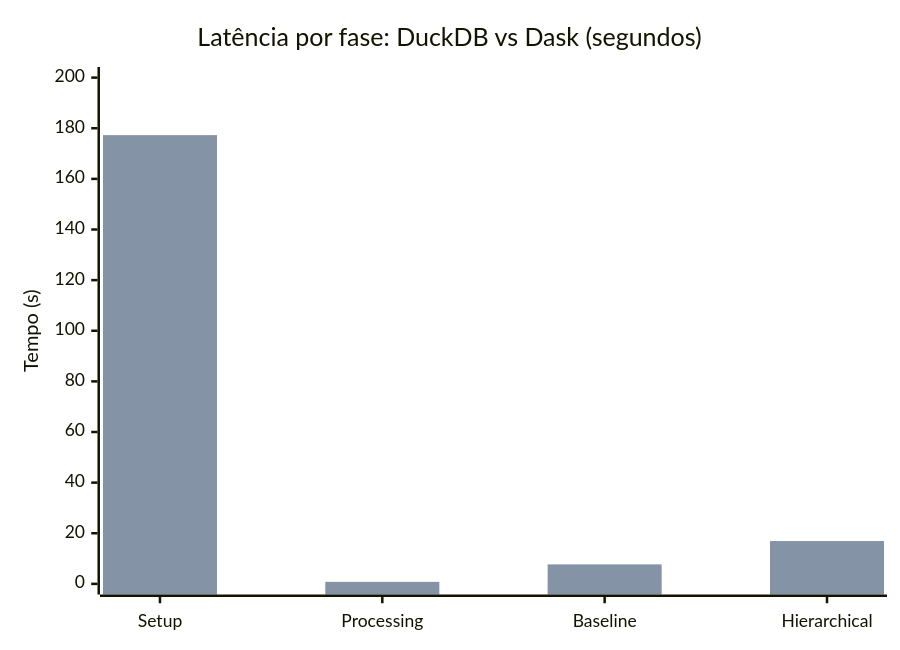
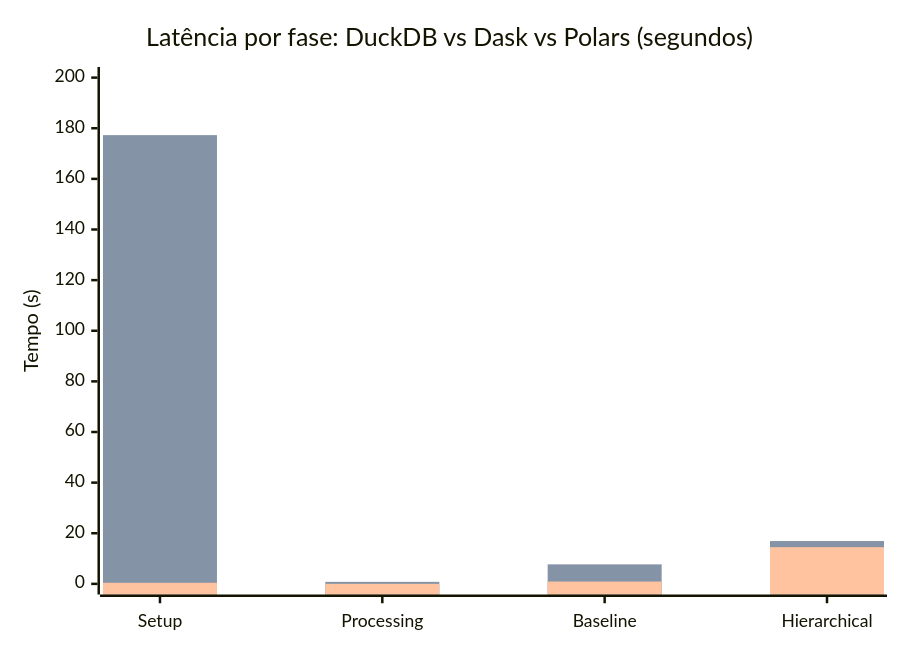
Before and after one commit to DATA-UFMS/rampart-framework: the fifth of 5 diagrams in README.md, drawn with Mermaid. The commit also changed other lines of this file, not shown here.

First line of the commit message:
docs: atualiza README para 3 paradigmas (DL/DW/Polars)

````diff
--- a/README.md
+++ b/README.md
@@ -196,14 +214,15 @@
 ```mermaid
 ---
 config:
   themeVariables:
     xyChart:
       backgroundColor: transparent
 ---
 xychart-beta
-    title "Latência por fase: DuckDB vs Dask (segundos)"
+    title "Latência por fase: DuckDB vs Dask vs Polars (segundos)"
     x-axis ["Setup", "Processing", "Baseline", "Hierarchical"]
     y-axis "Tempo (s)" 0 --> 200
     bar [0.39, 0.16, 1.19, 15.23]
     bar [177.28, 0.79, 7.71, 16.92]
+    bar [0.43, 0.02, 0.92, 14.50]
 ```
````
